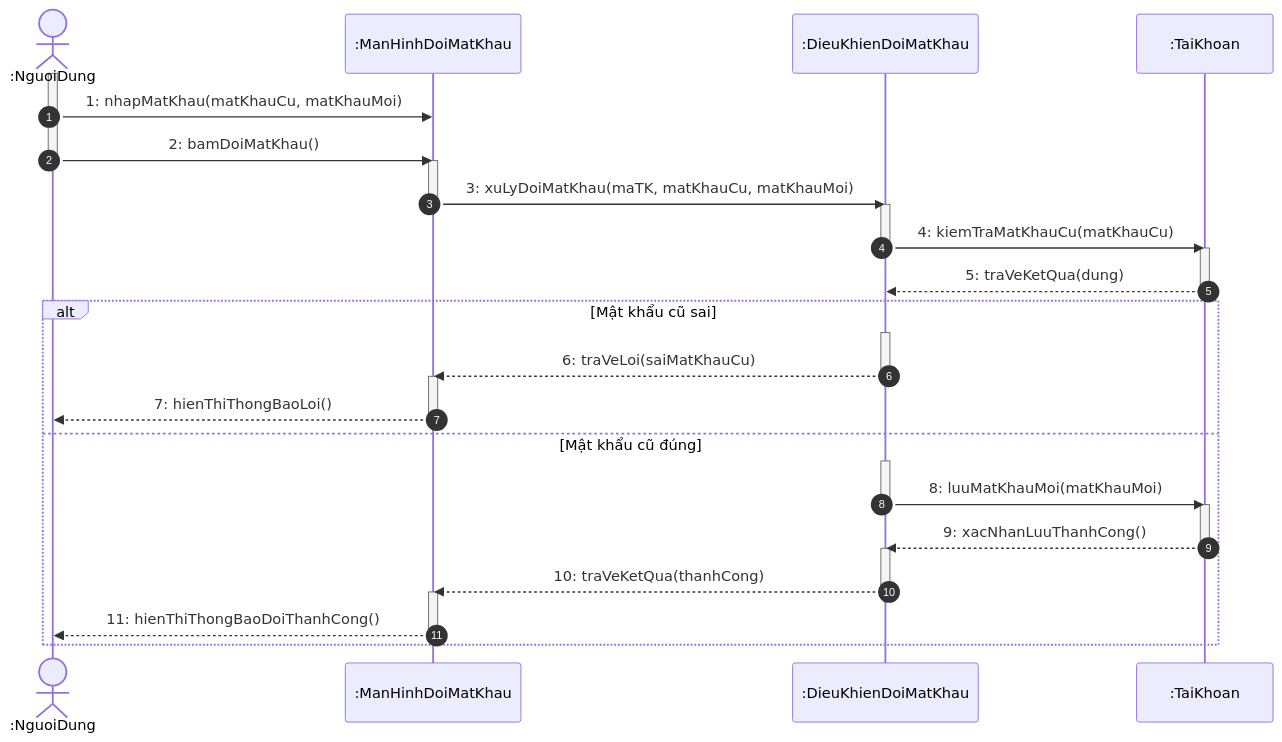
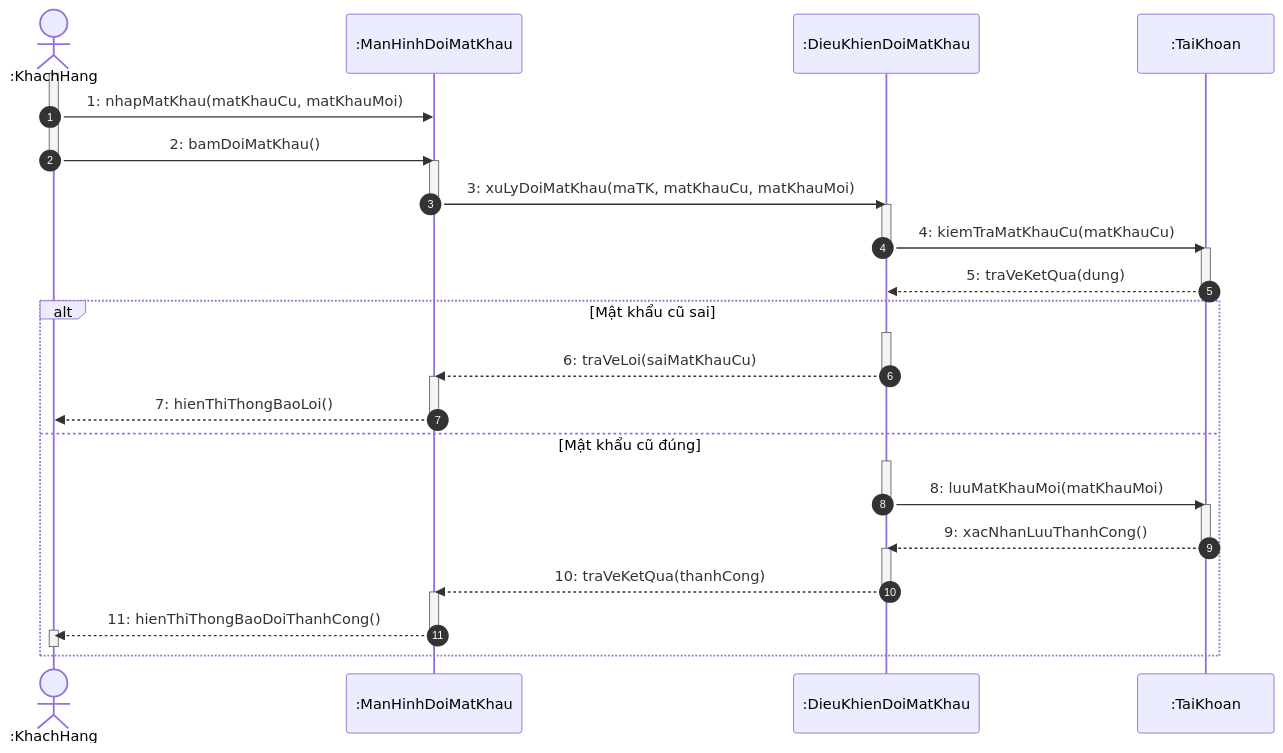
Diagram 13 of 20 in docs/sequence/Sequence_diagram.md (Longcodepro/Project_OOAD_HK1_2026-2027), drawn with Mermaid before and after one commit. The commit also changed other lines of this file, not shown here.

Commit message:
Add 2.18 (UC18) in sequence diagram

````diff
--- a/docs/sequence/Sequence_diagram.md
+++ b/docs/sequence/Sequence_diagram.md
@@ -1021,46 +967,46 @@
 ```mermaid
 sequenceDiagram
     autonumber
-    actor KH as :NguoiDung
+    actor KH as :KhachHang
     participant MH as :ManHinhDoiMatKhau
     participant DK as :DieuKhienDoiMatKhau
     participant TK as :TaiKhoan
 
     activate KH
     KH ->> MH: 1: nhapMatKhau(matKhauCu, matKhauMoi)
-    deactivate KH
-    activate KH
     KH ->> MH: 2: bamDoiMatKhau()
     deactivate KH
     activate MH
     MH ->> DK: 3: xuLyDoiMatKhau(maTK, matKhauCu, matKhauMoi)
     deactivate MH
     activate DK
     DK ->> TK: 4: kiemTraMatKhauCu(matKhauCu)
     deactivate DK
     activate TK
     TK -->> DK: 5: traVeKetQua(dung)
     deactivate TK
 
     alt Mật khẩu cũ sai
         activate DK
         DK -->> MH: 6: traVeLoi(saiMatKhauCu)
         deactivate DK
         activate MH
         MH -->> KH: 7: hienThiThongBaoLoi()
         deactivate MH
     else Mật khẩu cũ đúng
         activate DK
         DK ->> TK: 8: luuMatKhauMoi(matKhauMoi)
         deactivate DK
         activate TK
         TK -->> DK: 9: xacNhanLuuThanhCong()
         deactivate TK
         activate DK
         DK -->> MH: 10: traVeKetQua(thanhCong)
         deactivate DK
         activate MH
         MH -->> KH: 11: hienThiThongBaoDoiThanhCong()
         deactivate MH
+        activate KH
+        deactivate KH
     end
 ```
````
